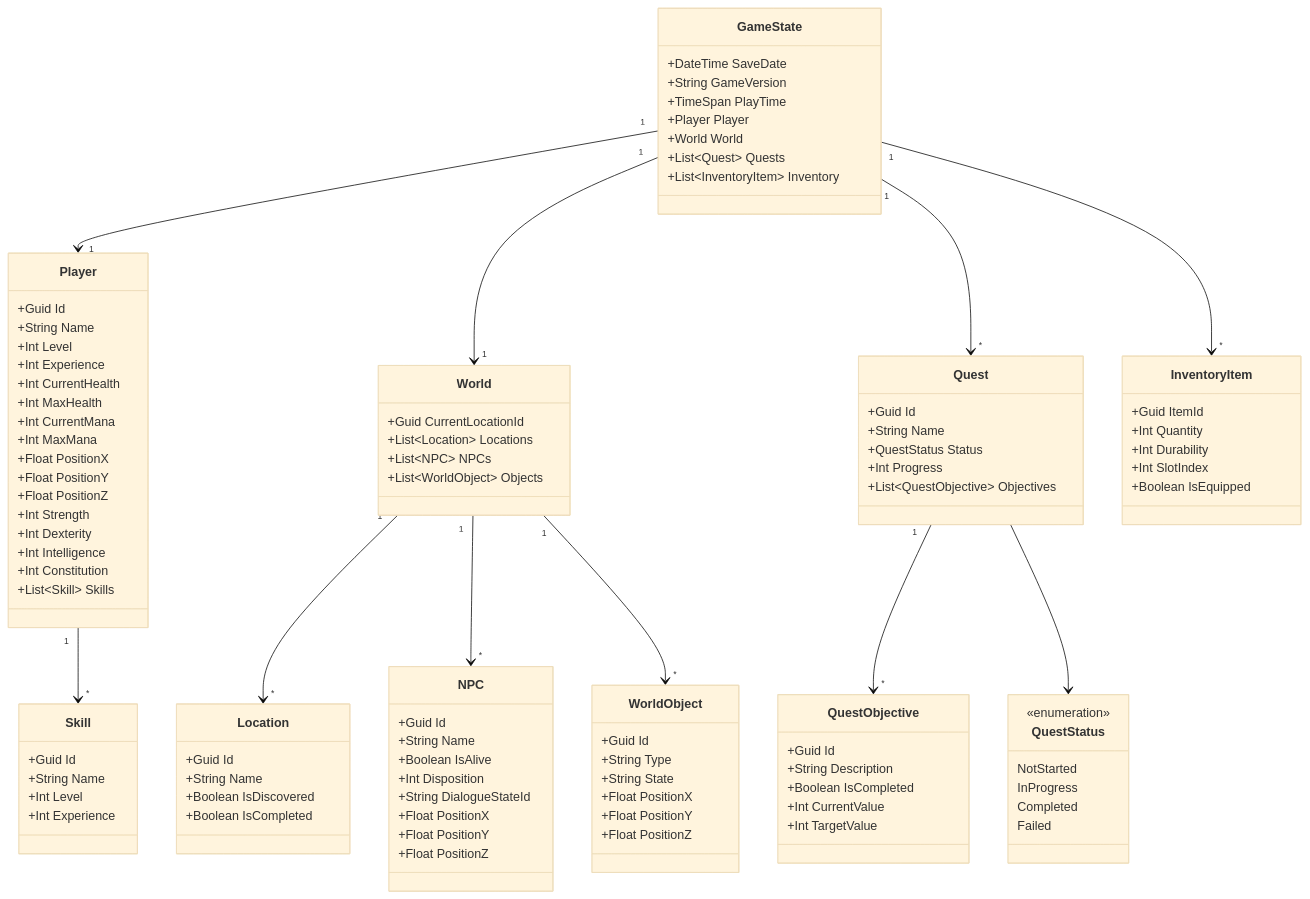
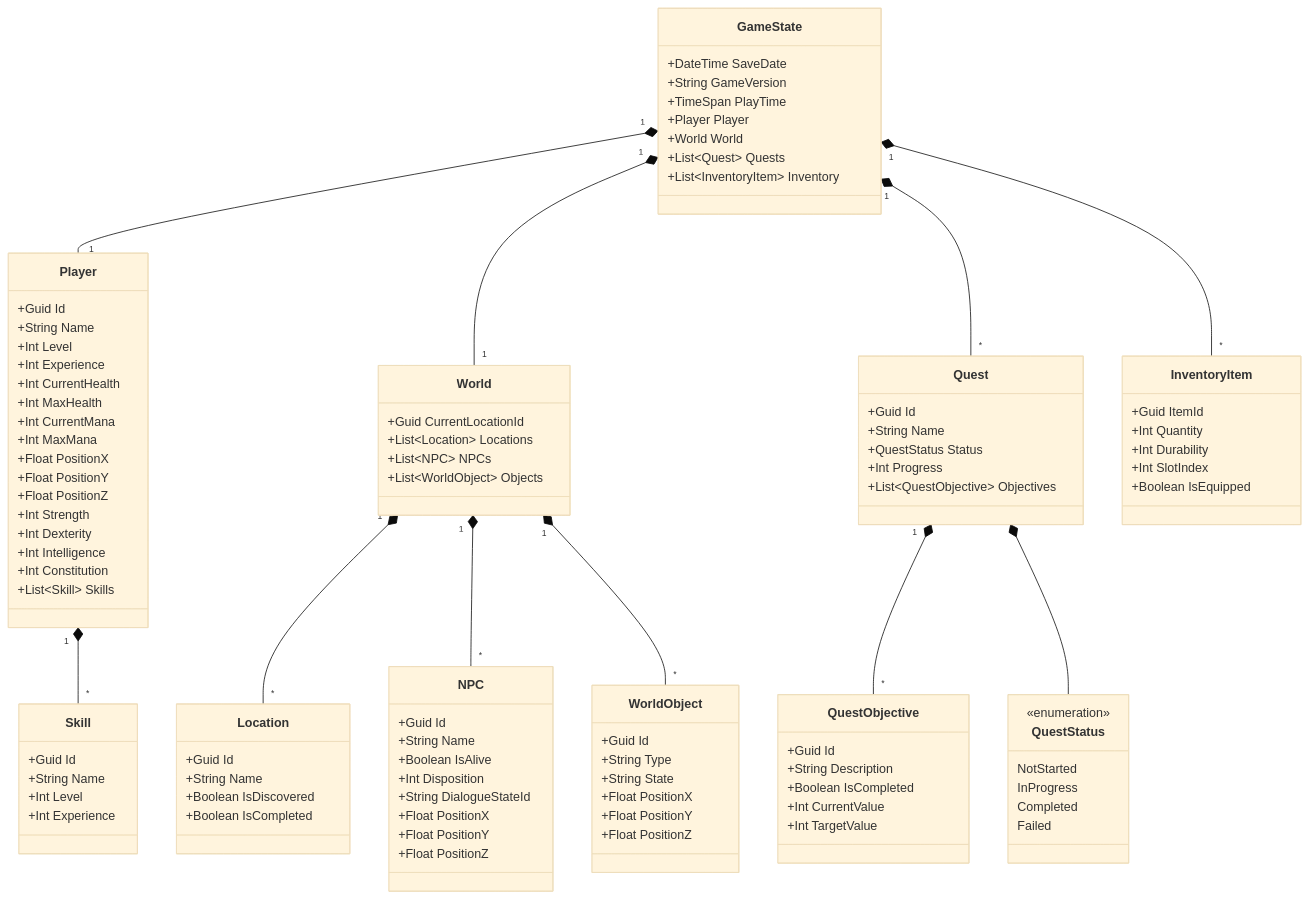
Before and after one commit to d0rich/EchoReborn: the diagram in docs/Persistent.md, drawn with Mermaid (base theme). The commit also changed 1 other file, not shown here.

Commit message:
Update class diagram composition link

````diff
--- a/docs/Persistent.md
+++ b/docs/Persistent.md
@@ -209,14 +209,14 @@
         Failed
     }
 
-    GameState "1" --> "1" Player
-    GameState "1" --> "1" World
-    GameState "1" --> "*" Quest
-    GameState "1" --> "*" InventoryItem
-    Player "1" --> "*" Skill
-    World "1" --> "*" Location
-    World "1" --> "*" NPC
-    World "1" --> "*" WorldObject
-    Quest "1" --> "*" QuestObjective
-    Quest --> QuestStatus
+    GameState "1" *-- "1" Player
+    GameState "1" *-- "1" World
+    GameState "1" *-- "*" Quest
+    GameState "1" *-- "*" InventoryItem
+    Player "1" *-- "*" Skill
+    World "1" *-- "*" Location
+    World "1" *-- "*" NPC
+    World "1" *-- "*" WorldObject
+    Quest "1" *-- "*" QuestObjective
+    Quest *-- QuestStatus
 ```
````
